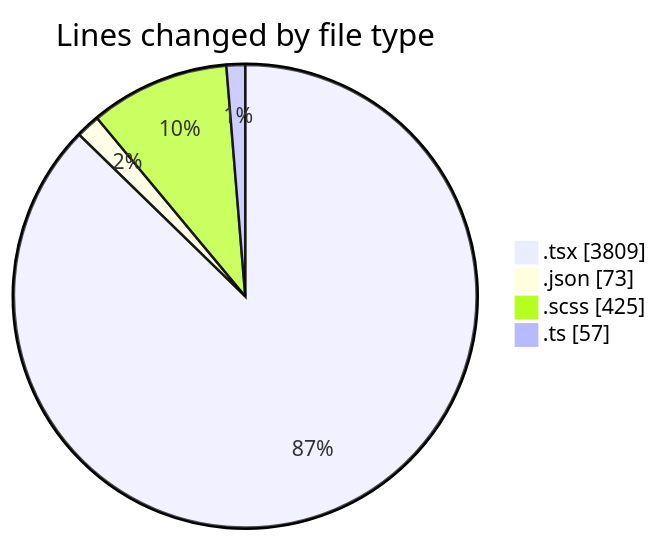
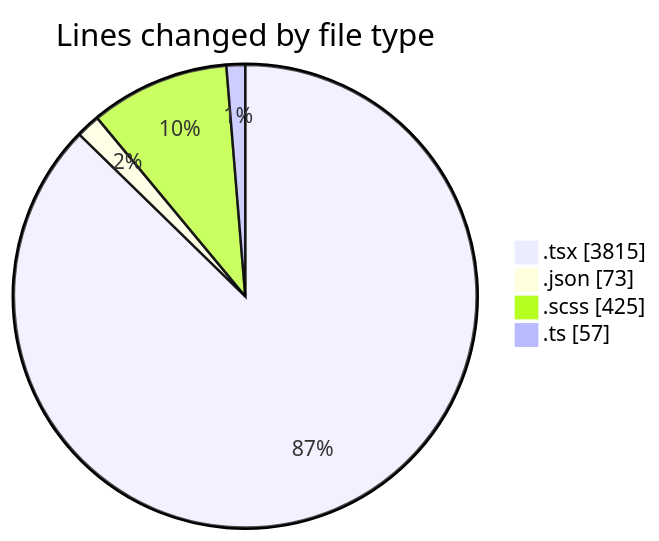
The first of 2 diagrams in 2025-10-02/cda/README.md (momahboobian/code-tracking), drawn with Mermaid before and after one commit. The commit also changed other lines of this file and 1 other file, not shown here.

````diff
--- a/2025-10-02/cda/README.md
+++ b/2025-10-02/cda/README.md
@@ -29,8 +29,8 @@
 ```mermaid
 pie showData
 title Lines changed by file type
-".tsx" : 3809
+".tsx" : 3815
 ".json" : 73
 ".scss" : 425
 ".ts" : 57
 ```
````
